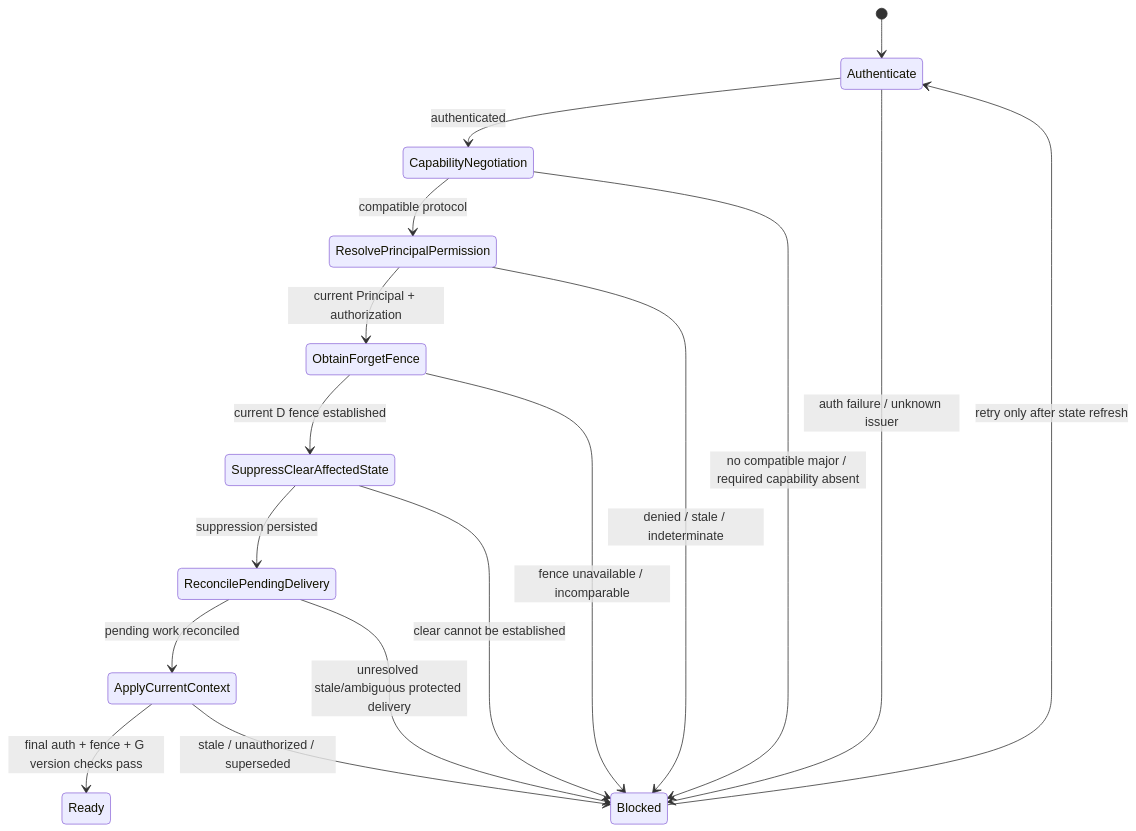
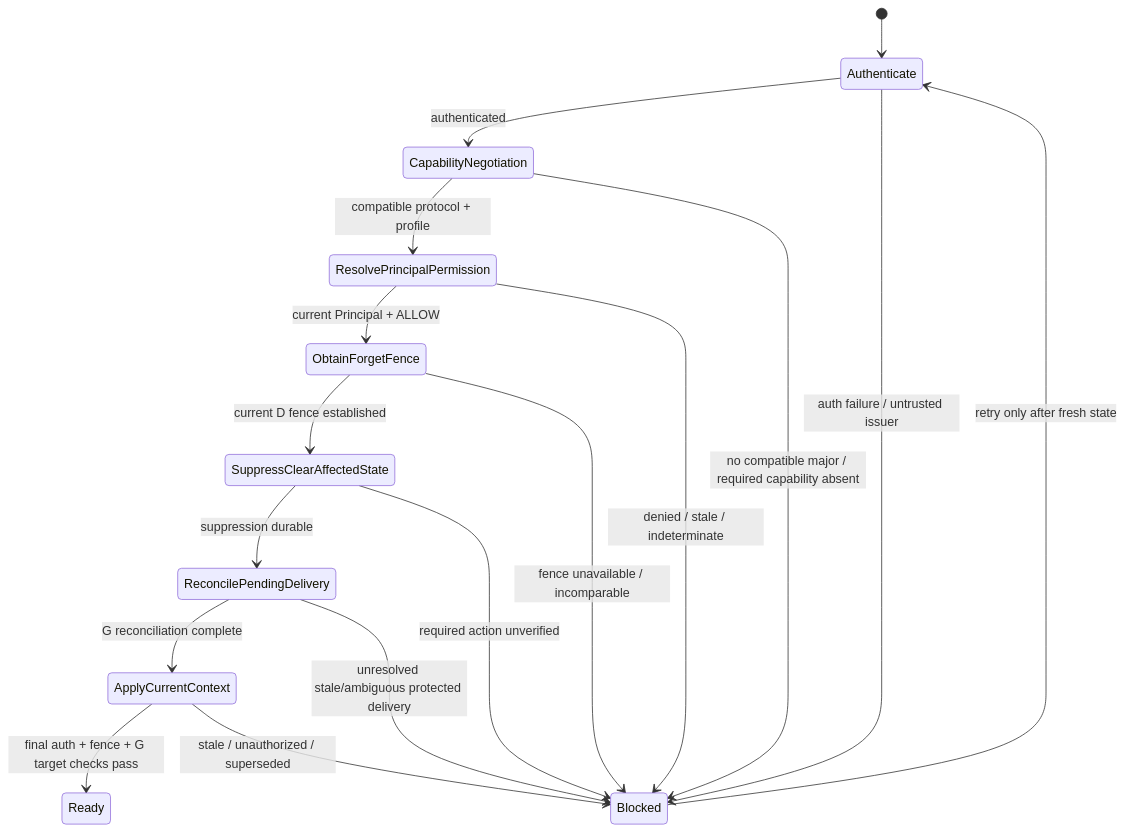
Before and after one commit to oahcom/AiMemoryBrainArchitecture: the diagram in 08-bmcp-protocol/phase-3-5-identity-applied-ack-reconnect-contract.md, drawn with Mermaid. The commit also changed other lines of this file, not shown here.

````diff
--- a/08-bmcp-protocol/phase-3-5-identity-applied-ack-reconnect-contract.md
+++ b/08-bmcp-protocol/phase-3-5-identity-applied-ack-reconnect-contract.md
@@ -157,19 +253,19 @@
 ```mermaid
 stateDiagram-v2
   [*] --> Authenticate
   Authenticate --> CapabilityNegotiation: authenticated
-  Authenticate --> Blocked: auth failure / unknown issuer
-  CapabilityNegotiation --> ResolvePrincipalPermission: compatible protocol
+  Authenticate --> Blocked: auth failure / untrusted issuer
+  CapabilityNegotiation --> ResolvePrincipalPermission: compatible protocol + profile
   CapabilityNegotiation --> Blocked: no compatible major / required capability absent
-  ResolvePrincipalPermission --> ObtainForgetFence: current Principal + authorization
+  ResolvePrincipalPermission --> ObtainForgetFence: current Principal + ALLOW
   ResolvePrincipalPermission --> Blocked: denied / stale / indeterminate
   ObtainForgetFence --> SuppressClearAffectedState: current D fence established
   ObtainForgetFence --> Blocked: fence unavailable / incomparable
-  SuppressClearAffectedState --> ReconcilePendingDelivery: suppression persisted
-  SuppressClearAffectedState --> Blocked: clear cannot be established
-  ReconcilePendingDelivery --> ApplyCurrentContext: pending work reconciled
+  SuppressClearAffectedState --> ReconcilePendingDelivery: suppression durable
+  SuppressClearAffectedState --> Blocked: required action unverified
+  ReconcilePendingDelivery --> ApplyCurrentContext: G reconciliation complete
   ReconcilePendingDelivery --> Blocked: unresolved stale/ambiguous protected delivery
-  ApplyCurrentContext --> Ready: final auth + fence + G version checks pass
+  ApplyCurrentContext --> Ready: final auth + fence + G target checks pass
   ApplyCurrentContext --> Blocked: stale / unauthorized / superseded
-  Blocked --> Authenticate: retry only after state refresh
+  Blocked --> Authenticate: retry only after fresh state
 ```
````
